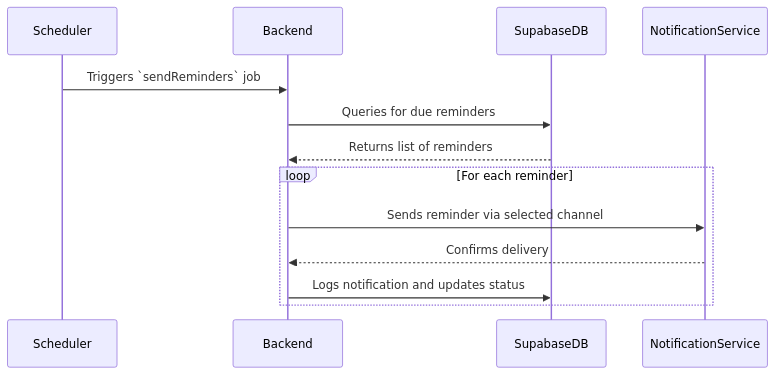
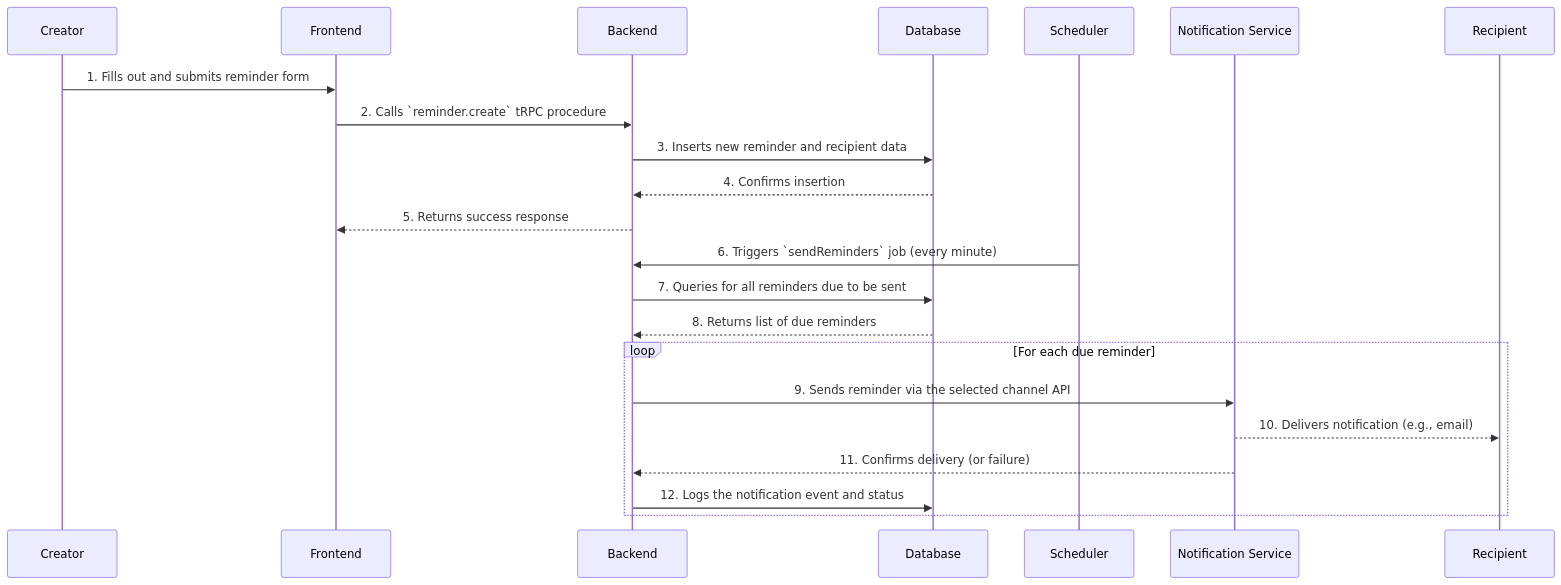
The third of 3 diagrams in 03-System-Architecture.md (arumaldodrla/ReminderSent), drawn with Mermaid before and after one commit. The commit also changed other lines of this file and 7 other files, not shown here.

````diff
--- a/03-System-Architecture.md
+++ b/03-System-Architecture.md
@@ -74,16 +85,27 @@
 ```mermaid
 sequenceDiagram
+    participant Creator
+    participant Frontend
+    participant Backend
+    participant DB as Database
     participant Scheduler
-    participant Backend
-    participant SupabaseDB
-    participant NotificationService
+    participant NotifService as Notification Service
+    participant Recipient
 
-    Scheduler->>Backend: Triggers `sendReminders` job
-    Backend->>SupabaseDB: Queries for due reminders
-    SupabaseDB-->>Backend: Returns list of reminders
-    loop For each reminder
-        Backend->>NotificationService: Sends reminder via selected channel
-        NotificationService-->>Backend: Confirms delivery
-        Backend->>SupabaseDB: Logs notification and updates status
+    Creator->>Frontend: 1. Fills out and submits reminder form
+    Frontend->>Backend: 2. Calls `reminder.create` tRPC procedure
+    Backend->>DB: 3. Inserts new reminder and recipient data
+    DB-->>Backend: 4. Confirms insertion
+    Backend-->>Frontend: 5. Returns success response
+    
+    Scheduler->>Backend: 6. Triggers `sendReminders` job (every minute)
+    Backend->>DB: 7. Queries for all reminders due to be sent
+    DB-->>Backend: 8. Returns list of due reminders
+    
+    loop For each due reminder
+        Backend->>NotifService: 9. Sends reminder via the selected channel API
+        NotifService-->>Recipient: 10. Delivers notification (e.g., email)
+        NotifService-->>Backend: 11. Confirms delivery (or failure)
+        Backend->>DB: 12. Logs the notification event and status
     end
 ```
````
